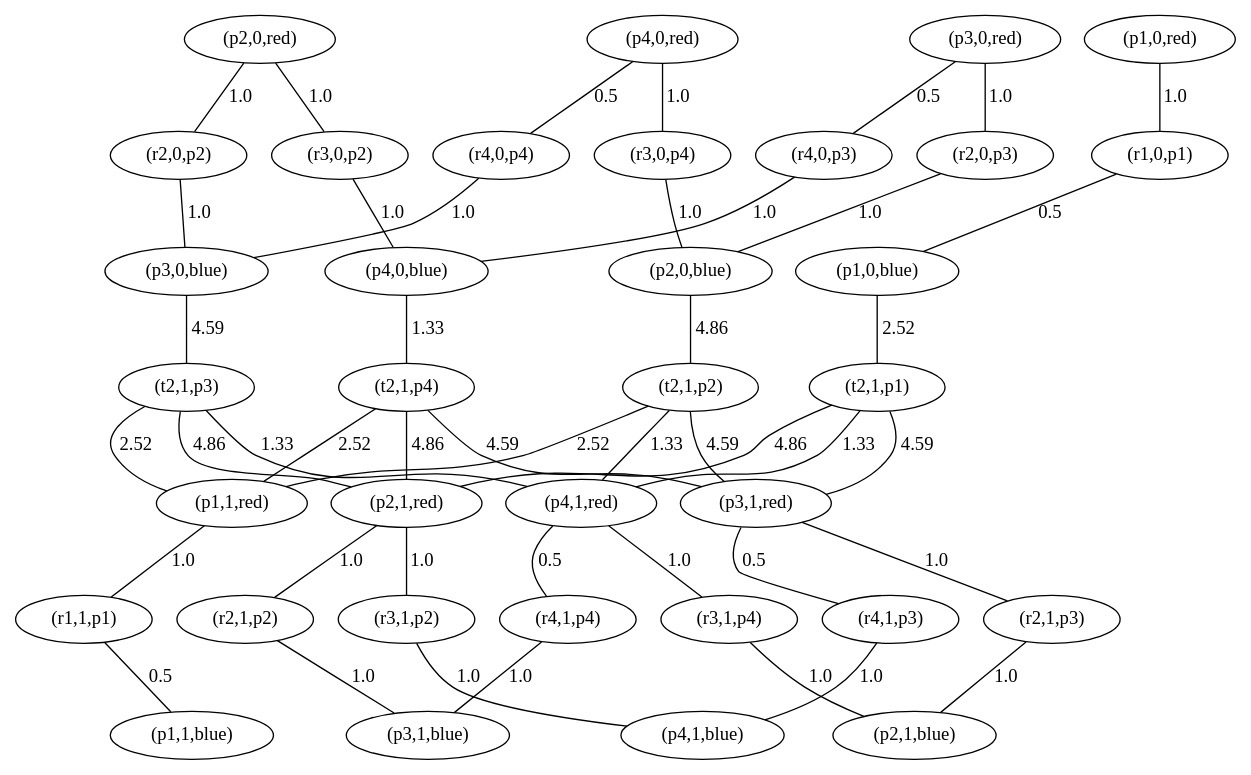
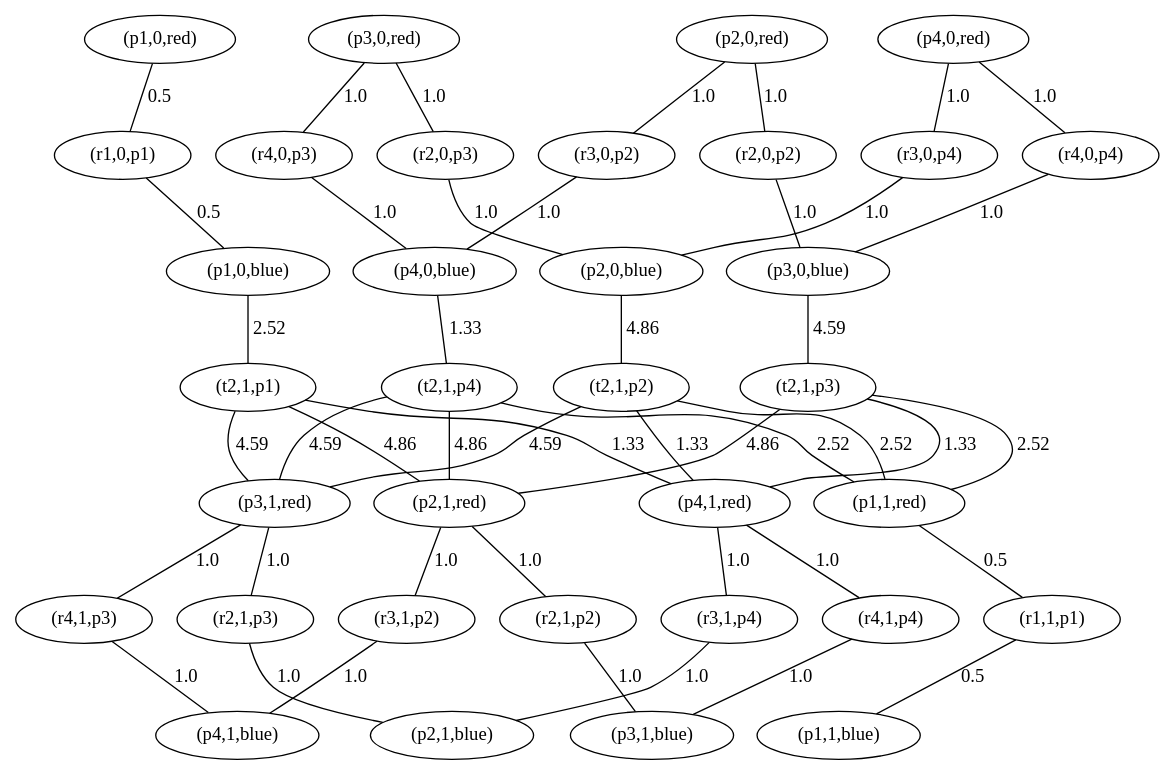
The diagram in max_min_lp_visualization/log/layered_graph.dot (raaslab/multi-robot_task_allocation), drawn with Graphviz before and after one commit. The commit also changed 9 other files, not shown here.

Commit message:
Layered graph for the central node is complete

```diff
--- a/max_min_lp_visualization/log/layered_graph.dot
+++ b/max_min_lp_visualization/log/layered_graph.dot
@@ -1,126 +1,126 @@
 strict graph {
 	graph [bb="0,0,0,0"];
 	node [label="\N"];
-	"(r2,0,p2)"	 [pos="-450.000000,-75.000000)"];
-	"(p3,0,blue)"	 [pos="-75.000000,-150.000000)"];
+	"(r1,0,p1)"	 [pos="-450.000000,-75.000000)"];
+	"(p1,0,blue)"	 [pos="-225.000000,-150.000000)"];
+	"(r1,0,p1)" -- "(p1,0,blue)"	 [label=0.5,
+		weight=0.5];
+	"(r1,1,p1)"	 [pos="-450.000000,-375.000000)"];
+	"(p1,1,blue)"	 [pos="-225.000000,-450.000000)"];
+	"(r1,1,p1)" -- "(p1,1,blue)"	 [label=0.5,
+		weight=0.5];
+	"(r2,0,p2)"	 [pos="-300.000000,-75.000000)"];
+	"(p3,0,blue)"	 [pos="75.000000,-150.000000)"];
 	"(r2,0,p2)" -- "(p3,0,blue)"	 [label=1.0,
 		weight=1.0];
-	"(r2,0,p3)"	 [pos="-300.000000,-75.000000)"];
-	"(p2,0,blue)"	 [pos="-225.000000,-150.000000)"];
+	"(r2,0,p3)"	 [pos="-150.000000,-75.000000)"];
+	"(p2,0,blue)"	 [pos="-75.000000,-150.000000)"];
 	"(r2,0,p3)" -- "(p2,0,blue)"	 [label=1.0,
 		weight=1.0];
-	"(r2,1,p2)"	 [pos="-450.000000,-375.000000)"];
-	"(p3,1,blue)"	 [pos="-75.000000,-450.000000)"];
+	"(r2,1,p2)"	 [pos="-300.000000,-375.000000)"];
+	"(p3,1,blue)"	 [pos="75.000000,-450.000000)"];
 	"(r2,1,p2)" -- "(p3,1,blue)"	 [label=1.0,
 		weight=1.0];
-	"(r2,1,p3)"	 [pos="-300.000000,-375.000000)"];
-	"(p2,1,blue)"	 [pos="-225.000000,-450.000000)"];
+	"(r2,1,p3)"	 [pos="-150.000000,-375.000000)"];
+	"(p2,1,blue)"	 [pos="-75.000000,-450.000000)"];
 	"(r2,1,p3)" -- "(p2,1,blue)"	 [label=1.0,
 		weight=1.0];
-	"(r3,0,p2)"	 [pos="-150.000000,-75.000000)"];
-	"(p4,0,blue)"	 [pos="75.000000,-150.000000)"];
+	"(r3,0,p2)"	 [pos="0.000000,-75.000000)"];
+	"(p4,0,blue)"	 [pos="225.000000,-150.000000)"];
 	"(r3,0,p2)" -- "(p4,0,blue)"	 [label=1.0,
 		weight=1.0];
-	"(r3,0,p4)"	 [pos="0.000000,-75.000000)"];
+	"(r3,0,p4)"	 [pos="150.000000,-75.000000)"];
 	"(r3,0,p4)" -- "(p2,0,blue)"	 [label=1.0,
 		weight=1.0];
-	"(r3,1,p2)"	 [pos="-150.000000,-375.000000)"];
-	"(p4,1,blue)"	 [pos="75.000000,-450.000000)"];
+	"(r3,1,p2)"	 [pos="0.000000,-375.000000)"];
+	"(p4,1,blue)"	 [pos="225.000000,-450.000000)"];
 	"(r3,1,p2)" -- "(p4,1,blue)"	 [label=1.0,
 		weight=1.0];
-	"(r3,1,p4)"	 [pos="0.000000,-375.000000)"];
+	"(r3,1,p4)"	 [pos="150.000000,-375.000000)"];
 	"(r3,1,p4)" -- "(p2,1,blue)"	 [label=1.0,
 		weight=1.0];
-	"(r4,0,p3)"	 [pos="150.000000,-75.000000)"];
+	"(r4,0,p3)"	 [pos="300.000000,-75.000000)"];
 	"(r4,0,p3)" -- "(p4,0,blue)"	 [label=1.0,
 		weight=1.0];
-	"(r4,0,p4)"	 [pos="300.000000,-75.000000)"];
+	"(r4,0,p4)"	 [pos="450.000000,-75.000000)"];
 	"(r4,0,p4)" -- "(p3,0,blue)"	 [label=1.0,
 		weight=1.0];
-	"(r4,1,p3)"	 [pos="150.000000,-375.000000)"];
+	"(r4,1,p3)"	 [pos="300.000000,-375.000000)"];
 	"(r4,1,p3)" -- "(p4,1,blue)"	 [label=1.0,
 		weight=1.0];
-	"(r4,1,p4)"	 [pos="300.000000,-375.000000)"];
+	"(r4,1,p4)"	 [pos="450.000000,-375.000000)"];
 	"(r4,1,p4)" -- "(p3,1,blue)"	 [label=1.0,
 		weight=1.0];
-	"(r1,0,p1)"	 [pos="450.000000,-75.000000)"];
-	"(p1,0,blue)"	 [pos="225.000000,-150.000000)"];
-	"(r1,0,p1)" -- "(p1,0,blue)"	 [label=0.5,
+	"(p1,0,red)"	 [pos="-225.000000,0.000000)"];
+	"(p1,0,red)" -- "(r1,0,p1)"	 [label=0.5,
 		weight=0.5];
-	"(r1,1,p1)"	 [pos="450.000000,-375.000000)"];
-	"(p1,1,blue)"	 [pos="225.000000,-450.000000)"];
-	"(r1,1,p1)" -- "(p1,1,blue)"	 [label=0.5,
+	"(p1,1,red)"	 [pos="-225.000000,-300.000000)"];
+	"(p1,1,red)" -- "(r1,1,p1)"	 [label=0.5,
 		weight=0.5];
-	"(p2,0,red)"	 [pos="-225.000000,0.000000)"];
+	"(p2,0,red)"	 [pos="-75.000000,0.000000)"];
 	"(p2,0,red)" -- "(r2,0,p2)"	 [label=1.0,
 		weight=1.0];
 	"(p2,0,red)" -- "(r3,0,p2)"	 [label=1.0,
 		weight=1.0];
-	"(p2,1,red)"	 [pos="-225.000000,-300.000000)"];
+	"(p2,1,red)"	 [pos="-75.000000,-300.000000)"];
 	"(p2,1,red)" -- "(r2,1,p2)"	 [label=1.0,
 		weight=1.0];
 	"(p2,1,red)" -- "(r3,1,p2)"	 [label=1.0,
 		weight=1.0];
-	"(p3,0,red)"	 [pos="-75.000000,0.000000)"];
+	"(p3,0,red)"	 [pos="75.000000,0.000000)"];
 	"(p3,0,red)" -- "(r2,0,p3)"	 [label=1.0,
 		weight=1.0];
-	"(p3,0,red)" -- "(r4,0,p3)"	 [label=0.5,
-		weight=0.5];
-	"(p3,1,red)"	 [pos="-75.000000,-300.000000)"];
+	"(p3,0,red)" -- "(r4,0,p3)"	 [label=1.0,
+		weight=1.0];
+	"(p3,1,red)"	 [pos="75.000000,-300.000000)"];
 	"(p3,1,red)" -- "(r2,1,p3)"	 [label=1.0,
 		weight=1.0];
-	"(p3,1,red)" -- "(r4,1,p3)"	 [label=0.5,
-		weight=0.5];
-	"(p4,0,red)"	 [pos="75.000000,0.000000)"];
+	"(p3,1,red)" -- "(r4,1,p3)"	 [label=1.0,
+		weight=1.0];
+	"(p4,0,red)"	 [pos="225.000000,0.000000)"];
 	"(p4,0,red)" -- "(r3,0,p4)"	 [label=1.0,
 		weight=1.0];
-	"(p4,0,red)" -- "(r4,0,p4)"	 [label=0.5,
-		weight=0.5];
-	"(p4,1,red)"	 [pos="75.000000,-300.000000)"];
+	"(p4,0,red)" -- "(r4,0,p4)"	 [label=1.0,
+		weight=1.0];
+	"(p4,1,red)"	 [pos="225.000000,-300.000000)"];
 	"(p4,1,red)" -- "(r3,1,p4)"	 [label=1.0,
 		weight=1.0];
-	"(p4,1,red)" -- "(r4,1,p4)"	 [label=0.5,
-		weight=0.5];
-	"(p1,0,red)"	 [pos="225.000000,0.000000)"];
-	"(p1,0,red)" -- "(r1,0,p1)"	 [label=1.0,
+	"(p4,1,red)" -- "(r4,1,p4)"	 [label=1.0,
 		weight=1.0];
-	"(p1,1,red)"	 [pos="225.000000,-300.000000)"];
-	"(p1,1,red)" -- "(r1,1,p1)"	 [label=1.0,
-		weight=1.0];
+	"(t2,1,p1)"	 [pos="-225.000000,-225.000000)"];
+	"(p1,0,blue)" -- "(t2,1,p1)"	 [label=2.52,
+		weight=2.52002048492];
 	"(t2,1,p2)"	 [pos="-75.000000,-225.000000)"];
 	"(p2,0,blue)" -- "(t2,1,p2)"	 [label=4.86,
-		weight=4.8624587059];
+		weight=4.86245965958];
 	"(t2,1,p3)"	 [pos="75.000000,-225.000000)"];
 	"(p3,0,blue)" -- "(t2,1,p3)"	 [label=4.59,
-		weight=4.58881473541];
+		weight=4.5888171196];
 	"(t2,1,p4)"	 [pos="225.000000,-225.000000)"];
 	"(p4,0,blue)" -- "(t2,1,p4)"	 [label=1.33,
-		weight=1.32731795311];
-	"(t2,1,p1)"	 [pos="-225.000000,-225.000000)"];
-	"(p1,0,blue)" -- "(t2,1,p1)"	 [label=2.52,
-		weight=2.52001976967];
+		weight=1.32731926441];
 	"(t2,1,p1)" -- "(p2,1,red)"	 [label=4.86,
-		weight=4.8624587059];
+		weight=4.86245965958];
 	"(t2,1,p1)" -- "(p3,1,red)"	 [label=4.59,
-		weight=4.58881473541];
+		weight=4.5888171196];
 	"(t2,1,p1)" -- "(p4,1,red)"	 [label=1.33,
-		weight=1.3273178339];
+		weight=1.32731926441];
+	"(t2,1,p2)" -- "(p1,1,red)"	 [label=2.52,
+		weight=2.52002024651];
 	"(t2,1,p2)" -- "(p3,1,red)"	 [label=4.59,
-		weight=4.58881473541];
+		weight=4.5888171196];
 	"(t2,1,p2)" -- "(p4,1,red)"	 [label=1.33,
-		weight=1.3273178339];
-	"(t2,1,p2)" -- "(p1,1,red)"	 [label=2.52,
-		weight=2.52001976967];
+		weight=1.32731926441];
+	"(t2,1,p3)" -- "(p1,1,red)"	 [label=2.52,
+		weight=2.52002024651];
 	"(t2,1,p3)" -- "(p2,1,red)"	 [label=4.86,
-		weight=4.8624587059];
+		weight=4.86245965958];
 	"(t2,1,p3)" -- "(p4,1,red)"	 [label=1.33,
-		weight=1.3273178339];
-	"(t2,1,p3)" -- "(p1,1,red)"	 [label=2.52,
-		weight=2.52001976967];
+		weight=1.32731926441];
+	"(t2,1,p4)" -- "(p1,1,red)"	 [label=2.52,
+		weight=2.52002024651];
 	"(t2,1,p4)" -- "(p2,1,red)"	 [label=4.86,
-		weight=4.8624587059];
+		weight=4.86245965958];
 	"(t2,1,p4)" -- "(p3,1,red)"	 [label=4.59,
-		weight=4.58881473541];
-	"(t2,1,p4)" -- "(p1,1,red)"	 [label=2.52,
-		weight=2.52001976967];
+		weight=4.5888171196];
 }
```
